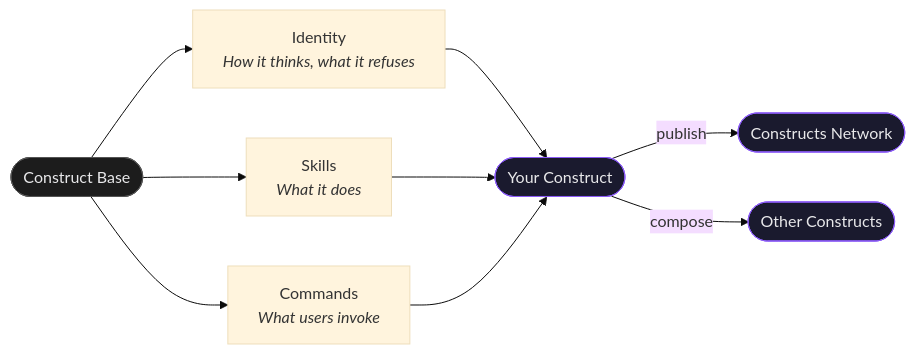
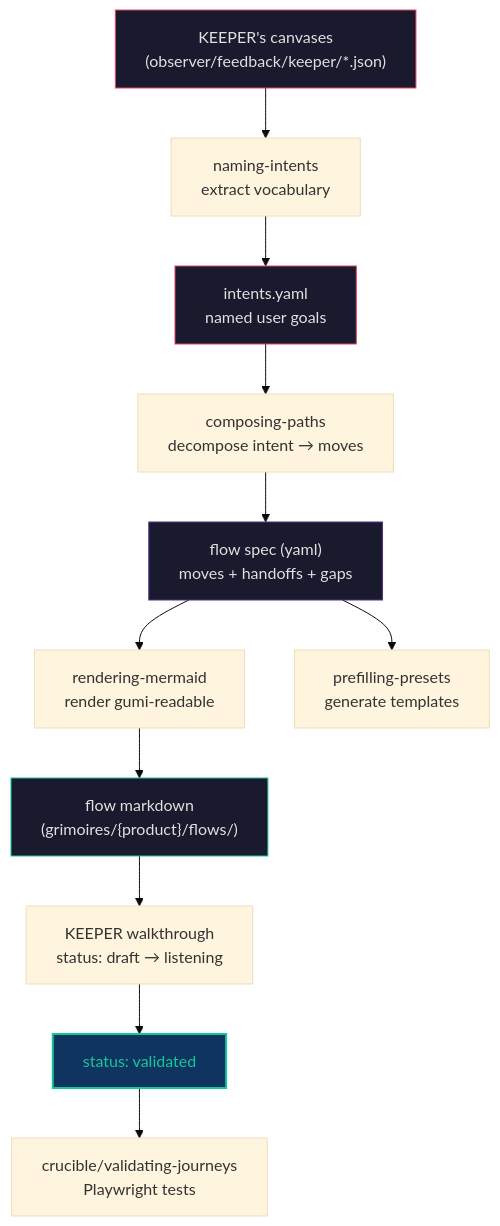
Before and after one commit to 0xHoneyJar/construct-the-weaver: the second of 2 diagrams in README.md, drawn with Mermaid (base theme). The commit also changed other lines of this file and 2 other files, not shown here.

````diff
--- a/README.md
+++ b/README.md
@@ -46,16 +104,19 @@
 ```mermaid
-graph LR
-    Base([Construct Base]) --> Identity["Identity<br/><i>How it thinks, what it refuses</i>"]
-    Base --> Skills["Skills<br/><i>What it does</i>"]
-    Base --> Commands["Commands<br/><i>What users invoke</i>"]
-    Identity --> Construct([Your Construct])
-    Skills --> Construct
-    Commands --> Construct
-    Construct --> |publish| Network([Constructs Network])
-    Construct --> |compose| Other([Other Constructs])
+graph TD
+    A["KEEPER's canvases<br/>(observer/feedback/keeper/*.json)"] --> B["naming-intents<br/>extract vocabulary"]
+    B --> C["intents.yaml<br/>named user goals"]
+    C --> D["composing-paths<br/>decompose intent → moves"]
+    D --> E["flow spec (yaml)<br/>moves + handoffs + gaps"]
+    E --> F["rendering-mermaid<br/>render gumi-readable"]
+    E --> G["prefilling-presets<br/>generate templates"]
+    F --> H["flow markdown<br/>(grimoires/{product}/flows/)"]
+    H --> I["KEEPER walkthrough<br/>status: draft → listening"]
+    I --> J["status: validated"]
+    J --> K["crucible/validating-journeys<br/>Playwright tests"]
 
-    style Base fill:#1c1c1c,stroke:#555,color:#e8e8ea
-    style Construct fill:#1a1a2e,stroke:#8B5CF6,color:#e8e8ea
-    style Network fill:#1a1a2e,stroke:#8B5CF6,color:#e8e8ea
-    style Other fill:#1a1a2e,stroke:#8B5CF6,color:#e8e8ea
+    style A fill:#1a1a2e,stroke:#e94560,color:#e0e0e0
+    style C fill:#1a1a2e,stroke:#e94560,color:#e0e0e0
+    style E fill:#1a1a2e,stroke:#533483,color:#e0e0e0
+    style H fill:#1a1a2e,stroke:#16c79a,color:#e0e0e0
+    style J fill:#0f3460,stroke:#16c79a,color:#16c79a,stroke-width:2px
 ```
````
